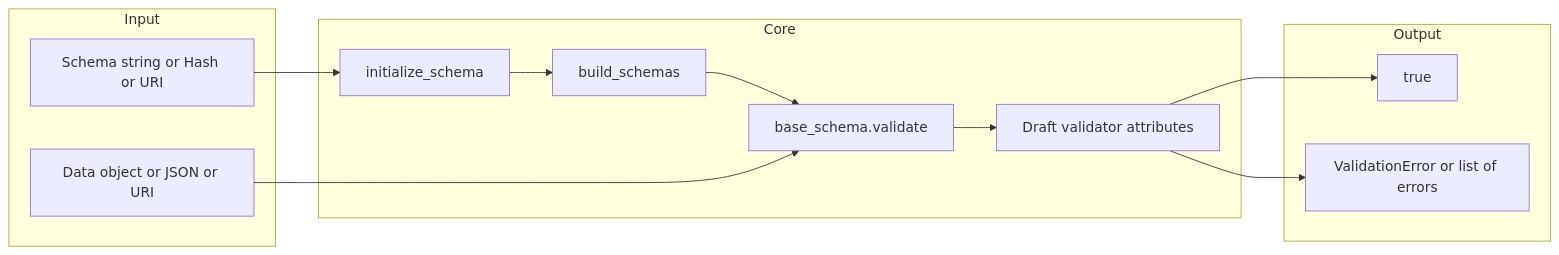
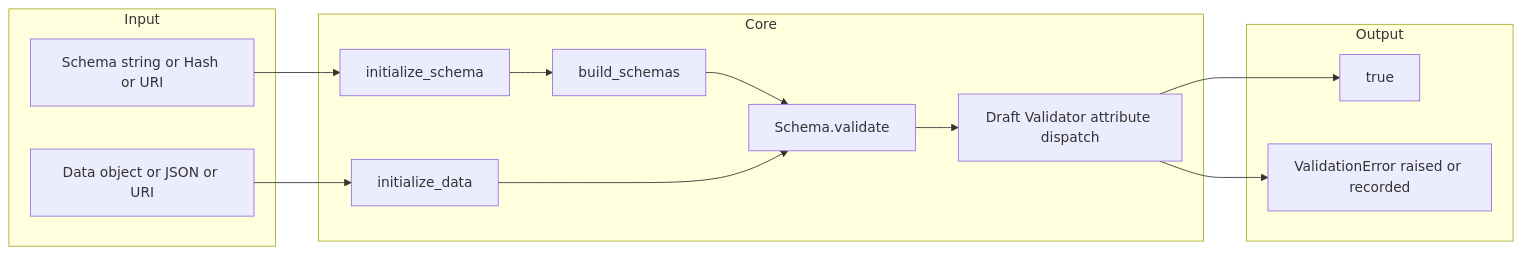
One commit to goddtriffin/json-schema-rs changed the first of 2 diagrams in research/reports/ruby/voxpupuli-json-schema.md. Above: the diagram before and after it, drawn with Mermaid. The commit also changed other lines of this file and 51 other files, not shown here.

````diff
--- a/research/reports/ruby/voxpupuli-json-schema.md
+++ b/research/reports/ruby/voxpupuli-json-schema.md
@@ -76,24 +80,26 @@
 ```mermaid
 flowchart LR
   subgraph input [Input]
     Schema[Schema string or Hash or URI]
     Data[Data object or JSON or URI]
   end
   subgraph core [Core]
     InitSchema[initialize_schema]
     BuildSchemas[build_schemas]
-    BaseSchema[base_schema.validate]
-    DraftValidator[Draft validator attributes]
+    InitData[initialize_data]
+    BaseSchema[Schema.validate]
+    DraftValidator[Draft Validator attribute dispatch]
     InitSchema --> BuildSchemas
     BuildSchemas --> BaseSchema
+    InitData --> BaseSchema
     BaseSchema --> DraftValidator
   end
   subgraph output [Output]
     Ok[true]
-    Errors[ValidationError or list of errors]
+    Errors[ValidationError raised or recorded]
     DraftValidator --> Ok
     DraftValidator --> Errors
   end
   Schema --> InitSchema
-  Data --> BaseSchema
+  Data --> InitData
 ```
````
